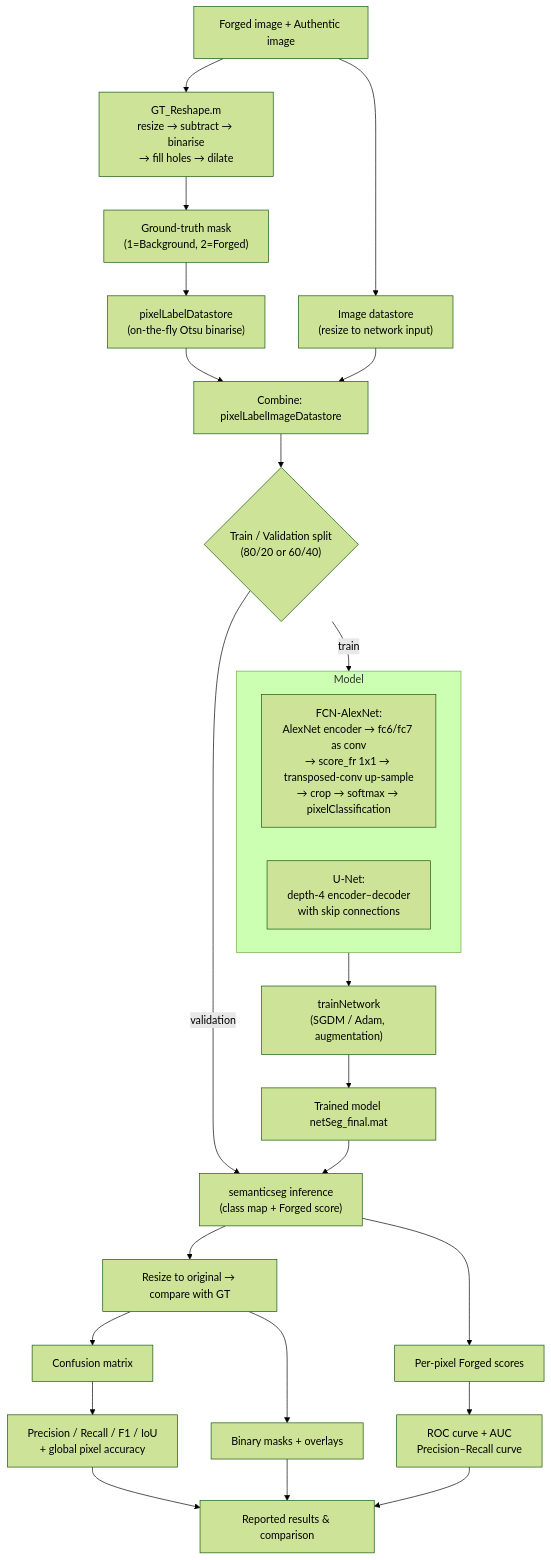
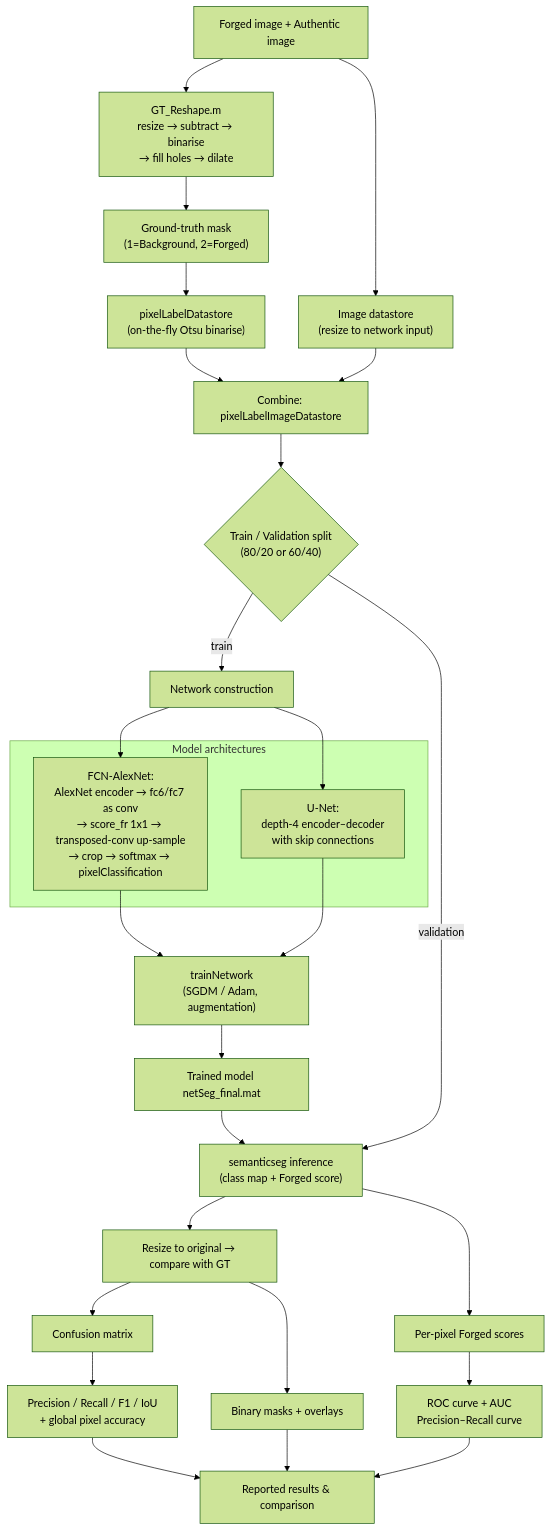
Before and after one commit to abhithakur25/SemanticSegmentationUsingFCN-AlexNet: the diagram in Documentation/Semantic_Segmentation_FCN_AlexNet_Report.md, drawn with Mermaid (forest theme).

Commit message:
Fix Mermaid block diagram so it renders on GitHub
The 'H' id was used for both a node and a subgraph, which breaks GitHub's Mermaid
parser. Rename the subgraph to MODEL and route edges through H1/H2 to trainNetwork.

````diff
--- a/Documentation/Semantic_Segmentation_FCN_AlexNet_Report.md
+++ b/Documentation/Semantic_Segmentation_FCN_AlexNet_Report.md
@@ -274,28 +274,31 @@
 ```mermaid
 flowchart TD
     A["Forged image + Authentic image"] --> B["GT_Reshape.m<br/>resize → subtract → binarise<br/>→ fill holes → dilate"]
     B --> C["Ground-truth mask<br/>(1=Background, 2=Forged)"]
     A --> D["Image datastore<br/>(resize to network input)"]
     C --> E["pixelLabelDatastore<br/>(on-the-fly Otsu binarise)"]
     D --> F["Combine: pixelLabelImageDatastore"]
     E --> F
     F --> G{"Train / Validation split<br/>(80/20 or 60/40)"}
     G -->|train| H["Network construction"]
-    subgraph H ["Model"]
+    subgraph MODEL ["Model architectures"]
       H1["FCN-AlexNet:<br/>AlexNet encoder → fc6/fc7 as conv<br/>→ score_fr 1x1 → transposed-conv up-sample<br/>→ crop → softmax → pixelClassification"]
       H2["U-Net:<br/>depth-4 encoder–decoder<br/>with skip connections"]
     end
-    H --> I["trainNetwork<br/>(SGDM / Adam, augmentation)"]
+    H --> H1
+    H --> H2
+    H1 --> I["trainNetwork<br/>(SGDM / Adam, augmentation)"]
+    H2 --> I
     I --> J["Trained model netSeg_final.mat"]
     G -->|validation| K["semanticseg inference<br/>(class map + Forged score)"]
     J --> K
     K --> L["Resize to original → compare with GT"]
     L --> M["Confusion matrix"]
     M --> N["Precision / Recall / F1 / IoU<br/>+ global pixel accuracy"]
     K --> O["Per-pixel Forged scores"]
     O --> P["ROC curve + AUC<br/>Precision–Recall curve"]
     L --> Q["Binary masks + overlays"]
     N --> R["Reported results & comparison"]
     P --> R
     Q --> R
 ```
````
